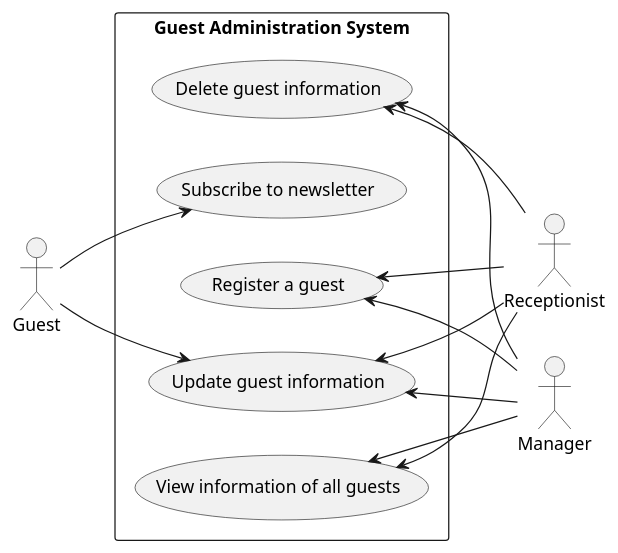
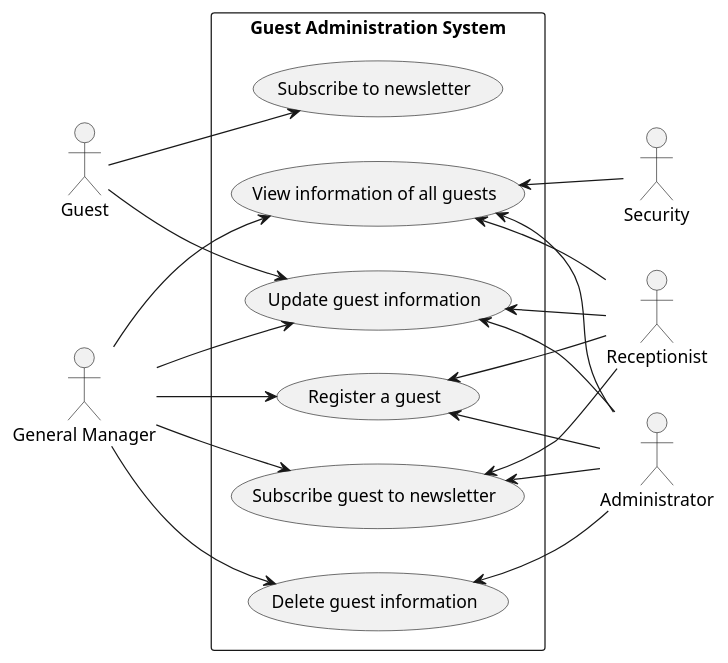
One commit to mrjink/molveno changed the diagram in src/main/docs/uml/use-case/generic/guest.puml. Above: the diagram before and after it, drawn with PlantUML. The commit also changed 3 other files, not shown here.

```diff
--- a/src/main/docs/uml/use-case/generic/guest.puml
+++ b/src/main/docs/uml/use-case/generic/guest.puml
@@ -1,26 +1,38 @@
 @startuml
 
 left to right direction
 
 actor Receptionist
 actor Guest
-actor Manager
+actor Administrator
+actor "General Manager" as GM
+actor "Security" as sec
 
 rectangle "Guest Administration System" {
     (Update guest information) as (Update)
+    (Subscribe guest to newsletter) as (news)
 
     (Register a guest) <-- Receptionist
     (View information of all guests) <-- Receptionist
-    (Delete guest information) <-- Receptionist
     (Update) <-- Receptionist
+    (news) <-- Receptionist
 
-    (Register a guest) <-- Manager
-    (View information of all guests) <-- Manager
-    (Delete guest information) <-- Manager
-    (Update) <-- Manager
+    (Register a guest) <-- Administrator
+    (View information of all guests) <-- Administrator
+    (Delete guest information) <-- Administrator
+    (Update) <-- Administrator
+    (news) <-- Administrator
+
+    GM --> (Register a guest)
+    GM --> (View information of all guests)
+    GM --> (Delete guest information)
+    GM --> (Update)
+    GM --> (news)
 
     Guest --> (Update)
     Guest --> (Subscribe to newsletter)
+
+    (View information of all guests) <-- sec
 }
 
 @enduml
```
